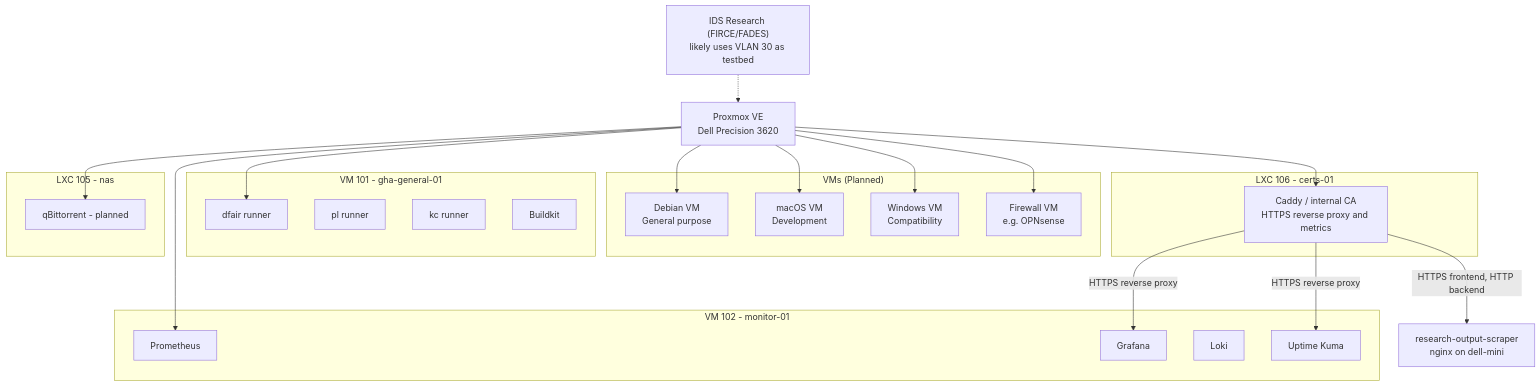
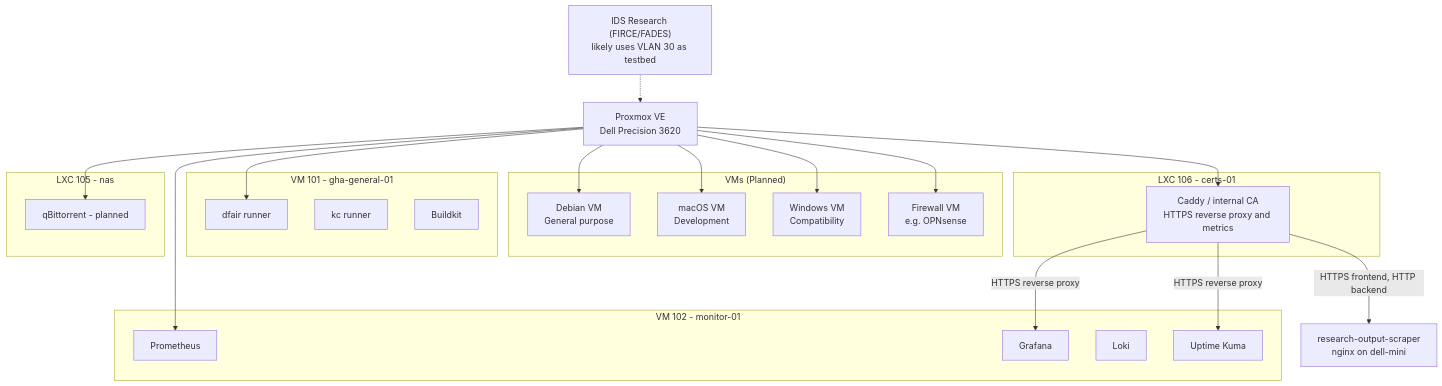
One commit to sethbarrett50/home_lab_docs changed the diagram in docs/services/README.md. Above: the diagram before and after it, drawn with Mermaid. The commit also changed other lines of this file and 8 other files, not shown here.

````diff
--- a/docs/services/README.md
+++ b/docs/services/README.md
@@ -21,49 +21,48 @@
 ```mermaid
 graph TD
     PVE[Proxmox VE\nDell Precision 3620]
 
     subgraph "VMs (Planned)"
         DEBIAN[Debian VM\nGeneral purpose]
         MACOS[macOS VM\nDevelopment]
         WIN[Windows VM\nCompatibility]
         FW[Firewall VM\ne.g. OPNsense]
     end
 
     subgraph "VM 101 - gha-general-01"
         GHA1[dfair runner]
-        GHA2[pl runner]
         GHA3[kc runner]
         BK[Buildkit]
     end
 
     subgraph "VM 102 - monitor-01"
         PROM[Prometheus]
         GRAF[Grafana]
         LOKI[Loki]
         KUMA[Uptime Kuma]
     end
 
     subgraph "LXC 106 - certs-01"
         CADDY[Caddy / internal CA\nHTTPS reverse proxy and metrics]
     end
 
     subgraph "LXC 105 - nas"
         QB[qBittorrent - planned]
     end
 
     PVE --> DEBIAN
     PVE --> MACOS
     PVE --> WIN
     PVE --> FW
     PVE --> GHA1
     PVE --> PROM
     PVE --> QB
     PVE --> CADDY
     CADDY -->|HTTPS reverse proxy| GRAF
     CADDY -->|HTTPS reverse proxy| KUMA
     LEADERBOARD[research-output-scraper\nnginx on dell-mini] 
     CADDY -->|HTTPS frontend, HTTP backend| LEADERBOARD
 
     IDS["IDS Research (FIRCE/FADES)\nlikely uses VLAN 30 as testbed"]
     IDS -.-> PVE
 ```
````
